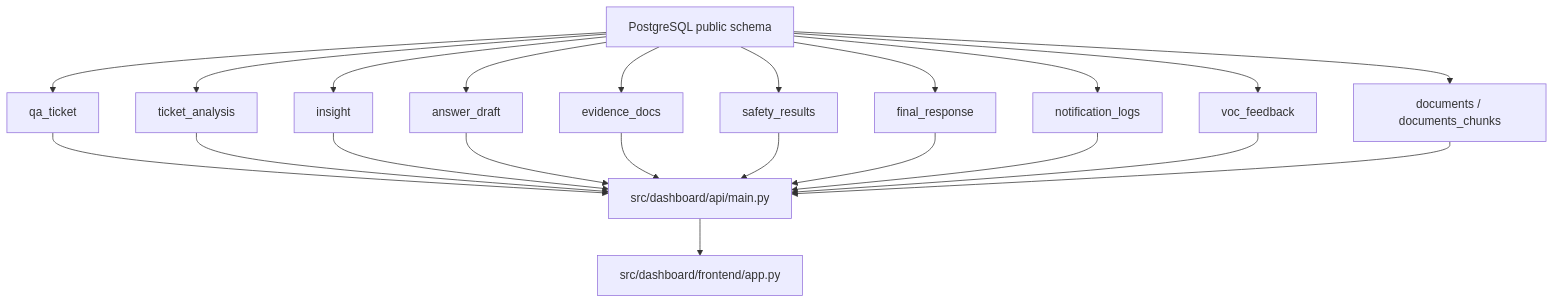
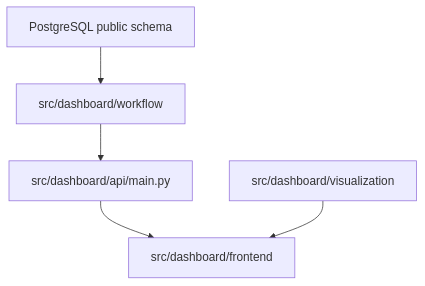
One commit to SKNETWORKS-FAMILY-AICAMP/SKN25-FINAL-6Team changed the second of 2 diagrams in docs/dashboard/architecture.md. Above: the diagram before and after it, drawn with Mermaid. The commit also changed other lines of this file and 15 other files, not shown here.

````diff
--- a/docs/dashboard/architecture.md
+++ b/docs/dashboard/architecture.md
@@ -13,41 +83,13 @@
 ```mermaid
 flowchart TB
     DB["PostgreSQL public schema"]
-    QAT["qa_ticket"]
-    ANALYSIS["ticket_analysis"]
-    INSIGHT["insight"]
-    DRAFT["answer_draft"]
-    EVIDENCE["evidence_docs"]
-    SAFETY["safety_results"]
-    FINAL["final_response"]
-    NOTIFY["notification_logs"]
-    VOC["voc_feedback"]
-    DOCS["documents / documents_chunks"]
+    WF["src/dashboard/workflow"]
+    API["src/dashboard/api/main.py"]
+    VIS["src/dashboard/visualization"]
+    UI["src/dashboard/frontend"]
 
-    API["src/dashboard/api/main.py"]
-    UI["src/dashboard/frontend/app.py"]
-
-    DB --> QAT
-    DB --> ANALYSIS
-    DB --> INSIGHT
-    DB --> DRAFT
-    DB --> EVIDENCE
-    DB --> SAFETY
-    DB --> FINAL
-    DB --> NOTIFY
-    DB --> VOC
-    DB --> DOCS
-
-    QAT --> API
-    ANALYSIS --> API
-    INSIGHT --> API
-    DRAFT --> API
-    EVIDENCE --> API
-    SAFETY --> API
-    FINAL --> API
-    NOTIFY --> API
-    VOC --> API
-    DOCS --> API
-
+    DB --> WF
+    WF --> API
     API --> UI
+    VIS --> UI
 ```
````
